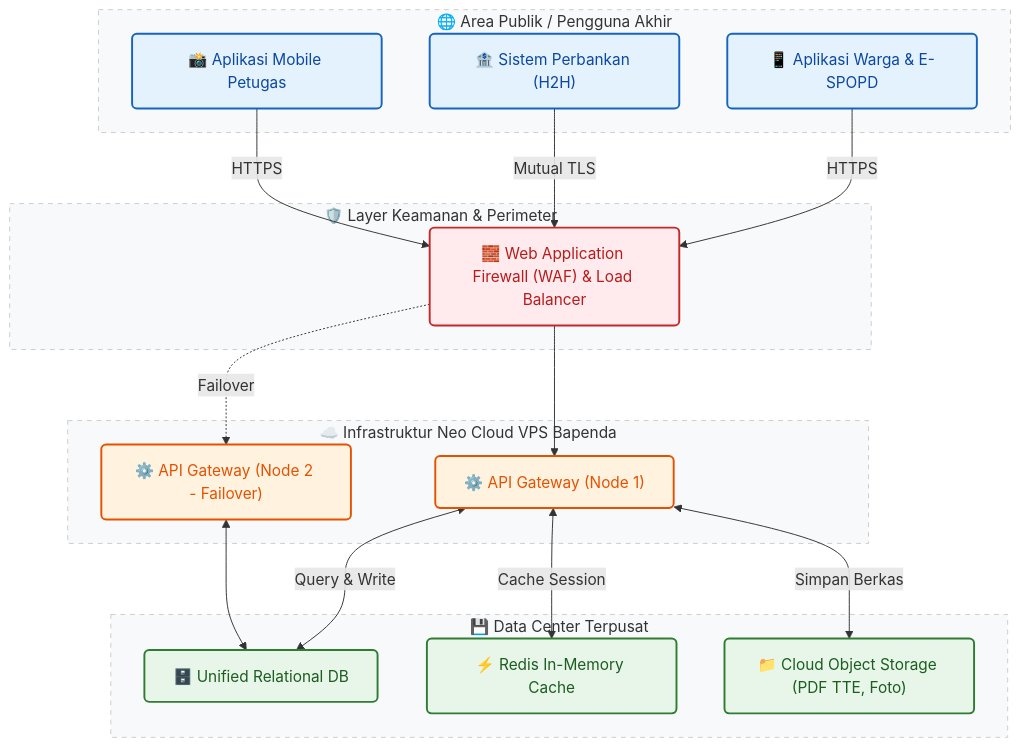
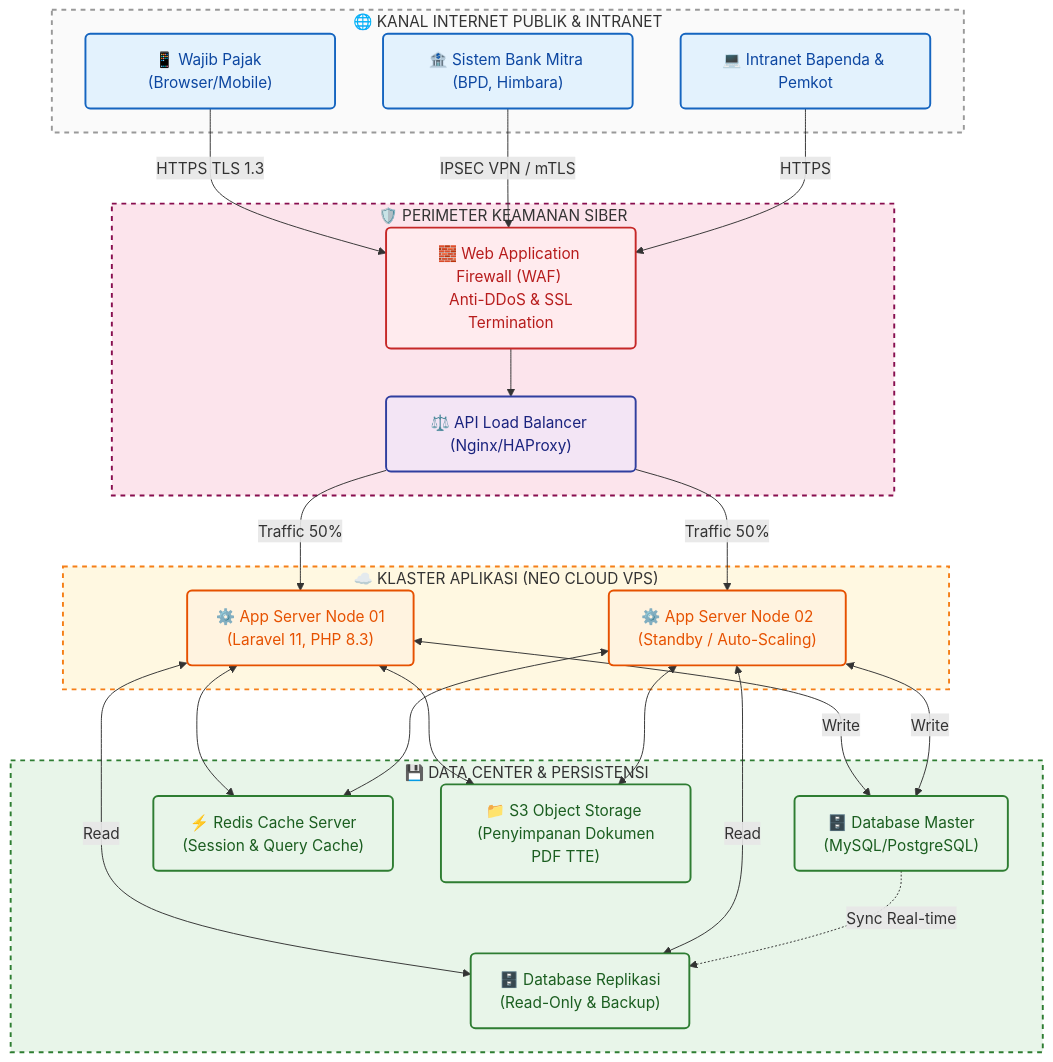
One commit to arif-rizal1122/retribusi-api changed the first of 3 diagrams in docs/Dokumen_Perencanaan_Sistem_Pendapatan_Baubau.md. Above: the diagram before and after it, drawn with Mermaid. The commit also changed other lines of this file, not shown here.

Commit message:
Expand blueprint extensively with Legacy System Study and Laporan Akhir format

```diff
--- a/docs/Dokumen_Perencanaan_Sistem_Pendapatan_Baubau.md
+++ b/docs/Dokumen_Perencanaan_Sistem_Pendapatan_Baubau.md
@@ -74,47 +102,57 @@
 <div class="mermaid">
 flowchart TD
     %% Styling
     classDef cloud fill:#e3f2fd,stroke:#1565c0,stroke-width:2px,color:#0d47a1,rx:5px,ry:5px
     classDef server fill:#fff3e0,stroke:#e65100,stroke-width:2px,color:#e65100,rx:5px,ry:5px
     classDef db fill:#e8f5e9,stroke:#2e7d32,stroke-width:2px,color:#1b5e20,rx:5px,ry:5px
     classDef firewall fill:#ffebee,stroke:#c62828,stroke-width:2px,color:#b71c1c,rx:5px,ry:5px
+    classDef network fill:#f3e5f5,stroke:#303f9f,stroke-width:2px,color:#1a237e,rx:5px,ry:5px
     
-    style Publik fill:#f8f9fa,stroke:#ccc,stroke-width:1px,stroke-dasharray: 5 5
-    style Keamanan fill:#f8f9fa,stroke:#ccc,stroke-width:1px,stroke-dasharray: 5 5
-    style VPS fill:#f8f9fa,stroke:#ccc,stroke-width:1px,stroke-dasharray: 5 5
-    style DataCenter fill:#f8f9fa,stroke:#ccc,stroke-width:1px,stroke-dasharray: 5 5
+    style AreaPublik fill:#fafafa,stroke:#999,stroke-width:2px,stroke-dasharray: 5 5
+    style AreaKeamanan fill:#fce4ec,stroke:#880e4f,stroke-width:2px,stroke-dasharray: 5 5
+    style AreaVPS fill:#fff8e1,stroke:#f57f17,stroke-width:2px,stroke-dasharray: 5 5
+    style AreaDB fill:#e8f5e9,stroke:#2e7d32,stroke-width:2px,stroke-dasharray: 5 5
 
-    subgraph Publik ["🌐 Area Publik / Pengguna Akhir"]
-        ClientWarga["📱 Aplikasi Warga & E-SPOPD"]:::cloud
-        ClientBank["🏦 Sistem Perbankan (H2H)"]:::cloud
-        ClientPetugas["📸 Aplikasi Mobile Petugas"]:::cloud
+    subgraph AreaPublik ["🌐 KANAL INTERNET PUBLIK & INTRANET"]
+        Warga["📱 Wajib Pajak (Browser/Mobile)"]:::cloud
+        Perbankan["🏦 Sistem Bank Mitra (BPD, Himbara)"]:::cloud
+        Petugas["💻 Intranet Bapenda & Pemkot"]:::cloud
     end
 
-    subgraph Keamanan ["🛡️ Layer Keamanan & Perimeter"]
-        WAF["🧱 Web Application Firewall (WAF) & Load Balancer"]:::firewall
+    subgraph AreaKeamanan ["🛡️ PERIMETER KEAMANAN SIBER"]
+        WAF["🧱 Web Application Firewall (WAF) <br> Anti-DDoS & SSL Termination"]:::firewall
+        LB["⚖️ API Load Balancer (Nginx/HAProxy)"]:::network
     end
 
-    subgraph VPS ["☁️ Infrastruktur Neo Cloud VPS Bapenda"]
-        AppNode1["⚙️ API Gateway (Node 1)"]:::server
-        AppNode2["⚙️ API Gateway (Node 2 - Failover)"]:::server
+    subgraph AreaVPS ["☁️ KLASTER APLIKASI (NEO CLOUD VPS)"]
+        Node1["⚙️ App Server Node 01 <br> (Laravel 11, PHP 8.3)"]:::server
+        Node2["⚙️ App Server Node 02 <br> (Standby / Auto-Scaling)"]:::server
     end
 
-    subgraph DataCenter ["💾 Data Center Terpusat"]
-        DB["🗄️ Unified Relational DB"]:::db
-        Redis["⚡ Redis In-Memory Cache"]:::db
-        Storage["📁 Cloud Object Storage (PDF TTE, Foto)"]:::db
+    subgraph AreaDB ["💾 DATA CENTER & PERSISTENSI"]
+        DBMaster["🗄️ Database Master <br> (MySQL/PostgreSQL)"]:::db
+        DBReplica["🗄️ Database Replikasi <br> (Read-Only & Backup)"]:::db
+        Redis["⚡ Redis Cache Server <br> (Session & Query Cache)"]:::db
+        ObjectStorage["📁 S3 Object Storage <br> (Penyimpanan Dokumen PDF TTE)"]:::db
     end
 
-    ClientWarga -->|HTTPS| WAF
-    ClientBank -->|Mutual TLS| WAF
-    ClientPetugas -->|HTTPS| WAF
-    
-    WAF --> AppNode1
-    WAF -.->|Failover| AppNode2
-    
-    AppNode1 <-->|Query & Write| DB
-    AppNode1 <-->|Cache Session| Redis
-    AppNode1 <-->|Simpan Berkas| Storage
-    
-    AppNode2 <--> DB
+    Warga -->|HTTPS TLS 1.3| WAF
+    Perbankan -->|IPSEC VPN / mTLS| WAF
+    Petugas -->|HTTPS| WAF
+
+    WAF --> LB
+    LB -->|Traffic 50%| Node1
+    LB -->|Traffic 50%| Node2
+
+    Node1 <-->|Write| DBMaster
+    Node1 <-->|Read| DBReplica
+    Node1 <--> Redis
+    Node1 <--> ObjectStorage
+
+    Node2 <-->|Write| DBMaster
+    Node2 <-->|Read| DBReplica
+    Node2 <--> Redis
+    Node2 <--> ObjectStorage
+
+    DBMaster -.->|Sync Real-time| DBReplica
 </div>
```
